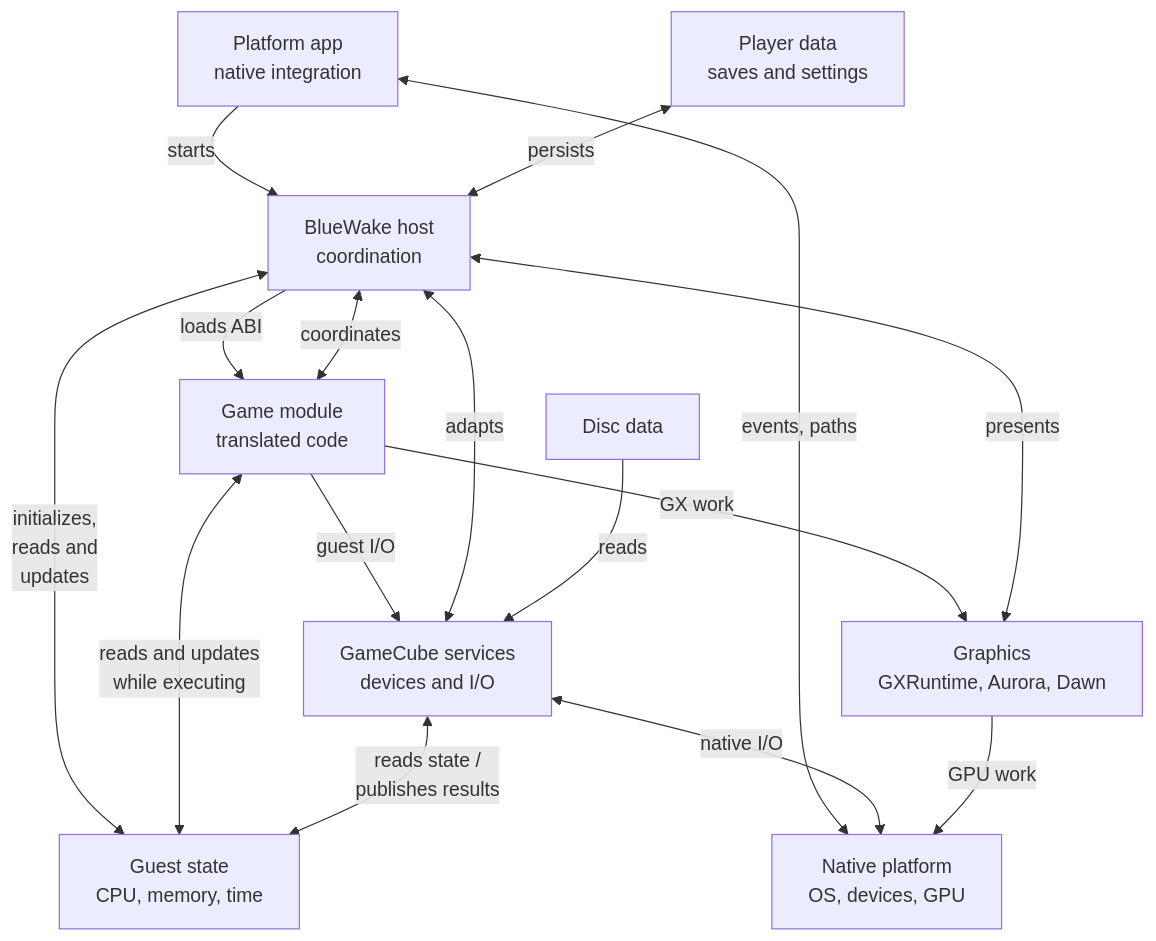
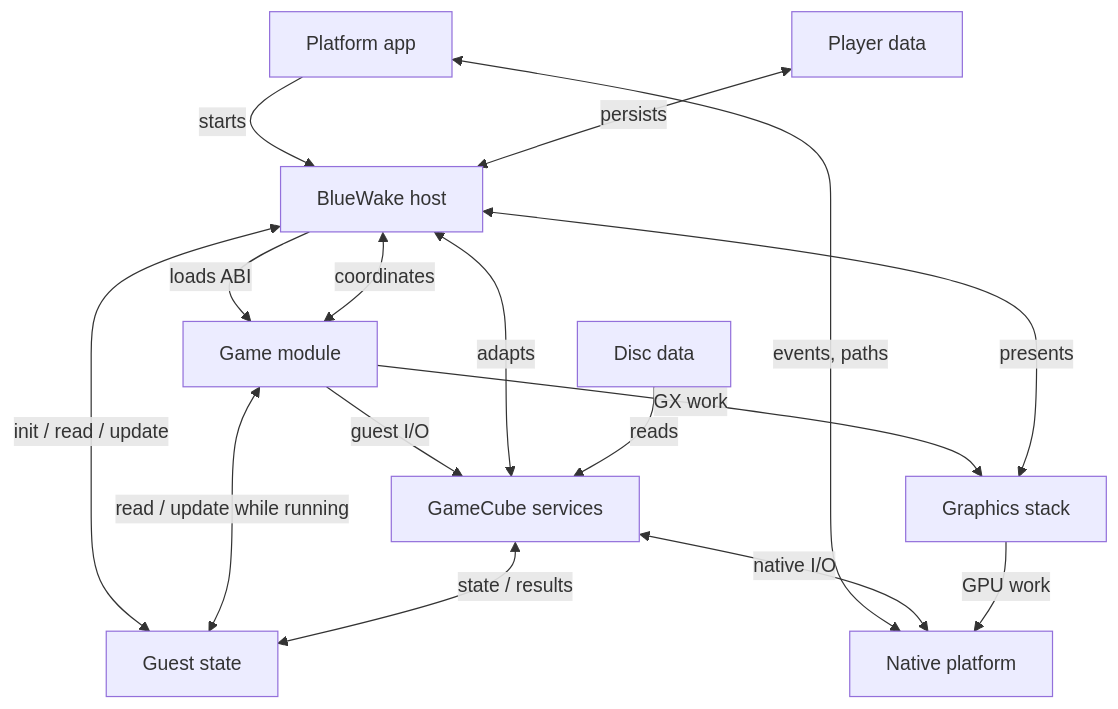
The first of 2 diagrams in docs/architecture/Runtime.md (Aelbannan/boat_of_daphnes), drawn with Mermaid before and after one commit. The commit also changed 6 other files, not shown here.

Commit message:
docs: remove clipped Mermaid multiline labels

````diff
--- a/docs/architecture/Runtime.md
+++ b/docs/architecture/Runtime.md
@@ -38,28 +38,28 @@
 ```mermaid
 flowchart TD
-    Platform["Platform app<br/>native integration"]
-    Host["BlueWake host<br/>coordination"]
-    Module["Game module<br/>translated code"]
-    Guest["Guest state<br/>CPU, memory, time"]
-    Services["GameCube services<br/>devices and I/O"]
-    Graphics["Graphics<br/>GXRuntime, Aurora, Dawn"]
+    Platform["Platform app"]
+    Host["BlueWake host"]
+    Module["Game module"]
+    Guest["Guest state"]
+    Services["GameCube services"]
+    Graphics["Graphics stack"]
     Disc["Disc data"]
-    Player["Player data<br/>saves and settings"]
-    Native["Native platform<br/>OS, devices, GPU"]
+    Player["Player data"]
+    Native["Native platform"]
 
     Platform -->|"starts"| Host
     Host -->|"loads ABI"| Module
     Host <-->|"coordinates"| Module
-    Host <-->|"initializes,<br/>reads and<br/>updates"| Guest
-    Module <-->|"reads and updates<br/>while executing"| Guest
+    Host <-->|"init / read / update"| Guest
+    Module <-->|"read / update while running"| Guest
     Module -->|"guest I/O"| Services
     Host <-->|"adapts"| Services
-    Services <-->|"reads state /<br/>publishes results"| Guest
+    Services <-->|"state / results"| Guest
     Module -->|"GX work"| Graphics
     Host <-->|"presents"| Graphics
     Disc -->|"reads"| Services
     Player <-->|"persists"| Host
     Platform <-->|"events, paths"| Native
     Services <-->|"native I/O"| Native
     Graphics -->|"GPU work"| Native
 ```
````
